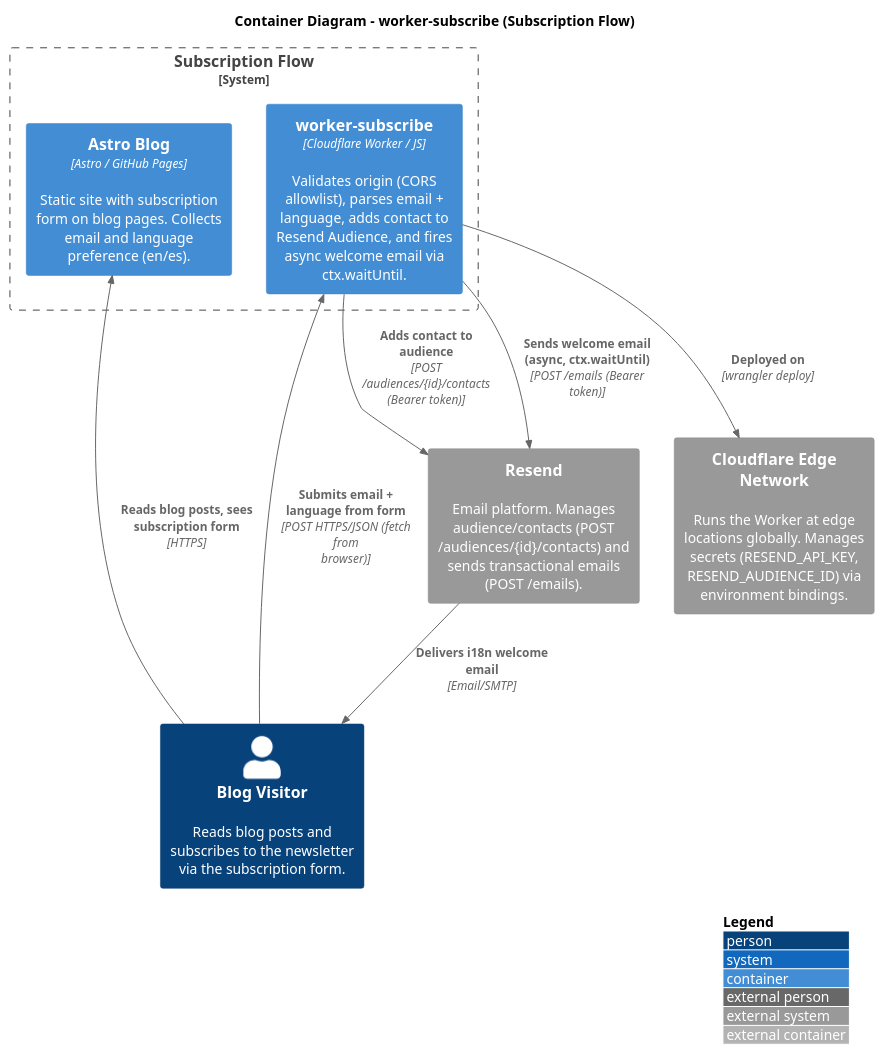
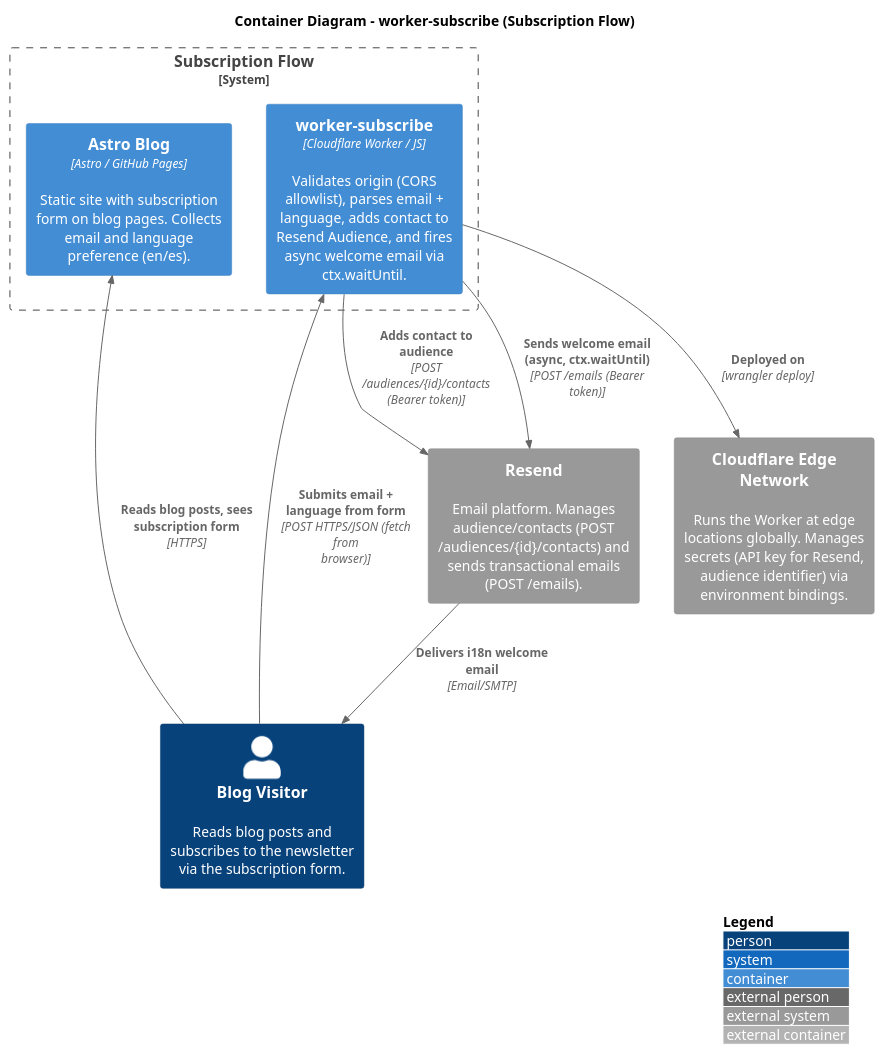
One commit to kiquetal/kiquetal.github.io changed the diagram in public/blog/2026-08-12-newsletter-system-design/c4_2_container_worker_subscribe.puml. Above: the diagram before and after it, drawn with PlantUML. The commit also changed 4 other files, not shown here.

Commit message:
docs: generalize secret names in C4 diagrams — use descriptive labels instead of env var names

```diff
--- a/public/blog/2026-08-12-newsletter-system-design/c4_2_container_worker_subscribe.puml
+++ b/public/blog/2026-08-12-newsletter-system-design/c4_2_container_worker_subscribe.puml
@@ -1,67 +1,67 @@
 @startuml C4_Level2_WorkerSubscribe
 ' =============================================================================
 ' C4 Level 2 — Container Diagram (worker-subscribe)
 ' =============================================================================
 ' Shows the deployable units involved in the subscription flow:
 ' Astro blog → Cloudflare Worker → Resend API → Subscriber.
 '
 ' AUDIENCE: Dev, DevOps — understanding the subscribe pipeline.
 ' =============================================================================
 
 !include https://raw.githubusercontent.com/plantuml-stdlib/C4-PlantUML/master/C4_Container.puml
 
 ' --- Layout ---
 LAYOUT_TOP_DOWN()
 LAYOUT_WITH_LEGEND()
 
 title Container Diagram - worker-subscribe (Subscription Flow)
 
 ' =============================================================================
 ' PEOPLE
 ' =============================================================================
 
 Person(subscriber, "Blog Visitor", "Reads blog posts and subscribes to the newsletter via the subscription form.")
 
 ' =============================================================================
 ' SYSTEM BOUNDARY — Subscription Flow
 ' =============================================================================
 
 System_Boundary(subscribe_system, "Subscription Flow") {
 
     ' --- Static Site (frontend) ---
     Container(astro_site, "Astro Blog", "Astro / GitHub Pages", "Static site with subscription form on blog pages. Collects email and language preference (en/es).")
 
     ' --- Cloudflare Worker ---
     Container(worker_subscribe, "worker-subscribe", "Cloudflare Worker / JS", "Validates origin (CORS allowlist), parses email + language, adds contact to Resend Audience, and fires async welcome email via ctx.waitUntil.")
 }
 
 ' =============================================================================
 ' EXTERNAL SYSTEMS
 ' =============================================================================
 
 System_Ext(resend, "Resend", "Email platform. Manages audience/contacts (POST /audiences/{id}/contacts) and sends transactional emails (POST /emails).")
-System_Ext(cloudflare, "Cloudflare Edge Network", "Runs the Worker at edge locations globally. Manages secrets (RESEND_API_KEY, RESEND_AUDIENCE_ID) via environment bindings.")
+System_Ext(cloudflare, "Cloudflare Edge Network", "Runs the Worker at edge locations globally. Manages secrets (API key for Resend, audience identifier) via environment bindings.")
 
 ' =============================================================================
 ' RELATIONSHIPS
 ' =============================================================================
 
 ' --- Visitor → Astro (reads content) ---
 Rel(subscriber, astro_site, "Reads blog posts, sees subscription form", "HTTPS")
 
 ' --- Visitor → Worker (form submission goes directly to Cloudflare) ---
 Rel(subscriber, worker_subscribe, "Submits email + language from form", "POST HTTPS/JSON (fetch from browser)")
 
 ' --- Worker → Resend (add contact) ---
 Rel(worker_subscribe, resend, "Adds contact to audience", "POST /audiences/{id}/contacts (Bearer token)")
 
 ' --- Worker → Resend (welcome email) ---
 Rel(worker_subscribe, resend, "Sends welcome email (async, ctx.waitUntil)", "POST /emails (Bearer token)")
 
 ' --- Resend → Subscriber ---
 Rel(resend, subscriber, "Delivers i18n welcome email", "Email/SMTP")
 
 ' --- Worker deployed on Cloudflare ---
 Rel(worker_subscribe, cloudflare, "Deployed on", "wrangler deploy")
 
 @enduml
```
